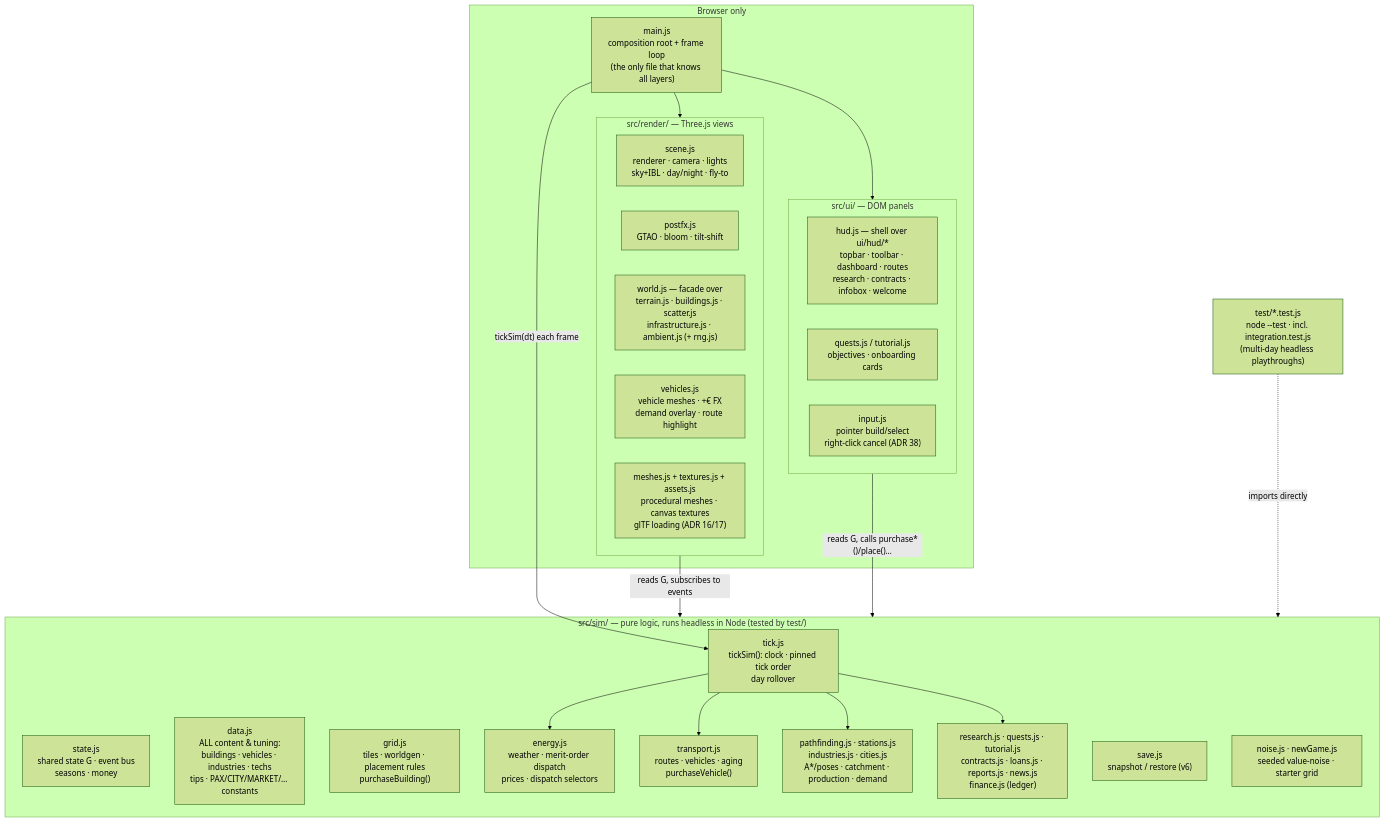
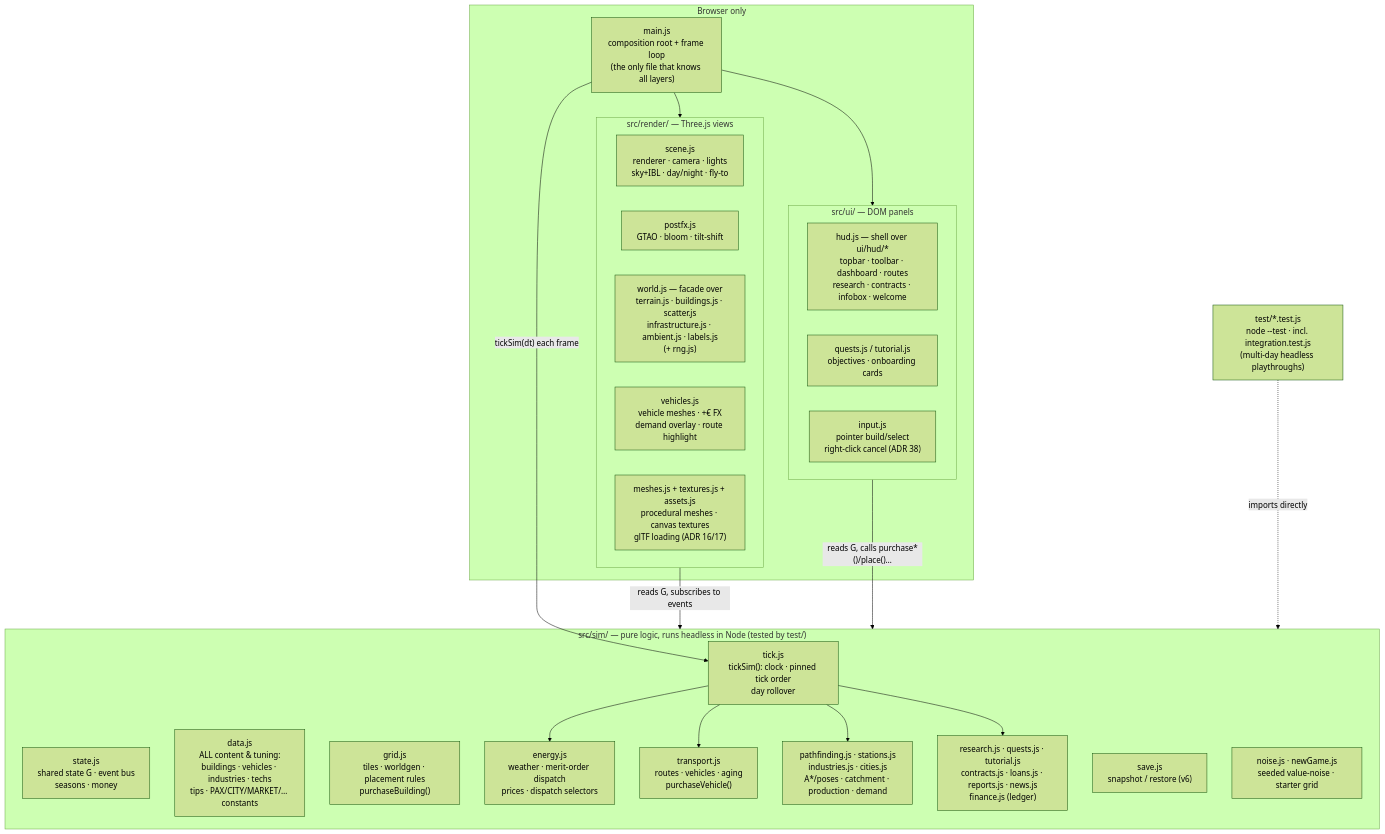
Before and after one commit to sttomm/transport-eco-tycoon: the diagram in docs/ARCHITECTURE.md, drawn with Mermaid (forest theme). The commit also changed other lines of this file and 10 other files, not shown here.

````diff
--- a/docs/ARCHITECTURE.md
+++ b/docs/ARCHITECTURE.md
@@ -14,37 +14,37 @@
 ```mermaid
 flowchart TB
     subgraph browser["Browser only"]
         MAIN["main.js\ncomposition root + frame loop\n(the only file that knows all layers)"]
         subgraph render["src/render/ — Three.js views"]
             SCENE["scene.js\nrenderer · camera · lights\nsky+IBL · day/night · fly-to"]
             POSTFX["postfx.js\nGTAO · bloom · tilt-shift"]
-            RWORLD["world.js — facade over\nterrain.js · buildings.js · scatter.js\ninfrastructure.js · ambient.js (+ rng.js)"]
+            RWORLD["world.js — facade over\nterrain.js · buildings.js · scatter.js\ninfrastructure.js · ambient.js · labels.js\n(+ rng.js)"]
             RVEH["vehicles.js\nvehicle meshes · +€ FX\ndemand overlay · route highlight"]
             MESHES["meshes.js + textures.js + assets.js\nprocedural meshes · canvas textures\nglTF loading (ADR 16/17)"]
         end
         subgraph ui["src/ui/ — DOM panels"]
             HUD["hud.js — shell over ui/hud/*\ntopbar · toolbar · dashboard · routes\nresearch · contracts · infobox · welcome"]
             QPANEL["quests.js / tutorial.js\nobjectives · onboarding cards"]
             INPUT["input.js\npointer build/select\nright-click cancel (ADR 38)"]
         end
     end
     subgraph sim["src/sim/ — pure logic, runs headless in Node (tested by test/)"]
         TICK["tick.js\ntickSim(): clock · pinned tick order\nday rollover"]
         STATE["state.js\nshared state G · event bus\nseasons · money"]
         DATA["data.js\nALL content & tuning:\nbuildings · vehicles · industries · techs\ntips · PAX/CITY/MARKET/… constants"]
         GRID["grid.js\ntiles · worldgen · placement rules\npurchaseBuilding()"]
         ENERGY["energy.js\nweather · merit-order dispatch\nprices · dispatch selectors"]
         TRANS["transport.js\nroutes · vehicles · aging\npurchaseVehicle()"]
         TDOM["pathfinding.js · stations.js\nindustries.js · cities.js\nA*/poses · catchment · production · demand"]
         MISC["research.js · quests.js · tutorial.js\ncontracts.js · loans.js · reports.js · news.js\nfinance.js (ledger)"]
         SAVE["save.js\nsnapshot / restore (v6)"]
         NOISE["noise.js · newGame.js\nseeded value-noise · starter grid"]
     end
     MAIN -->|"tickSim(dt) each frame"| TICK
     TICK --> ENERGY & TRANS & TDOM & MISC
     MAIN --> render
     MAIN --> ui
     render -->|"reads G, subscribes to events"| sim
     ui -->|"reads G, calls purchase*()/place()…"| sim
     TESTS["test/*.test.js\nnode --test · incl. integration.test.js\n(multi-day headless playthroughs)"] -.->|"imports directly"| sim
 ```
````
